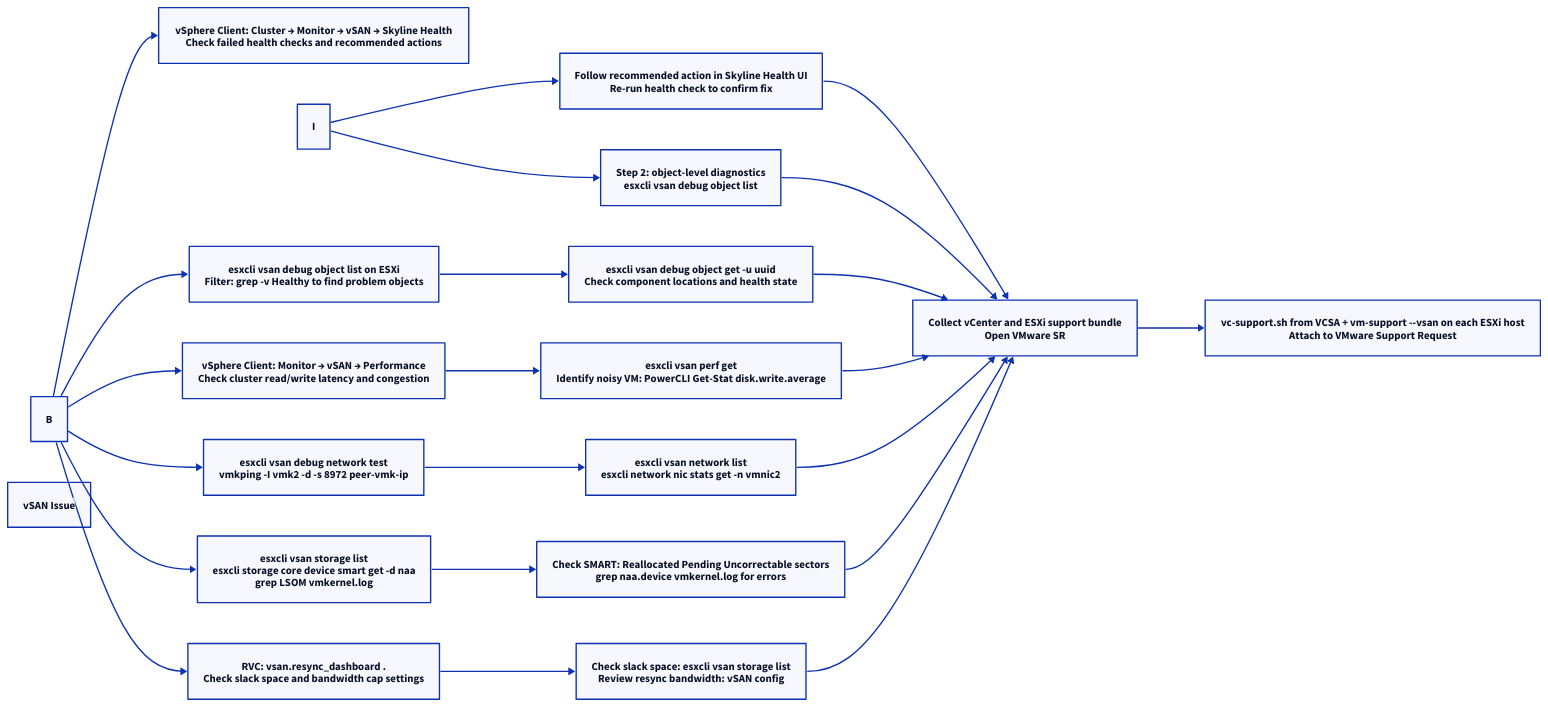
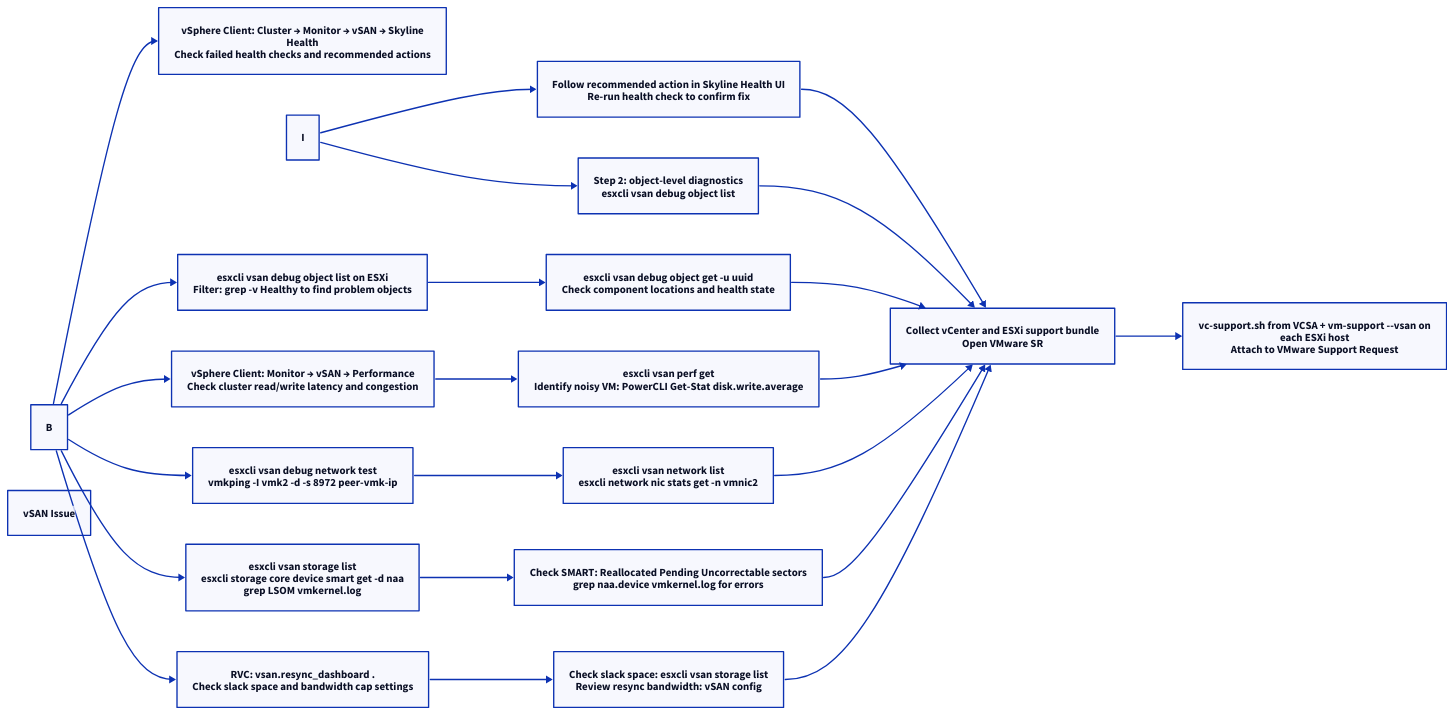
One commit to canast01/chris-kb changed the first of 2 diagrams in docs/virtualization/vmware/vsan/troubleshooting/diagnostics.md. Above: the diagram before and after it, drawn with D2. The commit also changed 192 other files, not shown here.

````diff
--- a/docs/virtualization/vmware/vsan/troubleshooting/diagnostics.md
+++ b/docs/virtualization/vmware/vsan/troubleshooting/diagnostics.md
@@ -19,44 +19,44 @@
 ```d2
 direction: right
 
 B: "B" {shape: rectangle}
-C: "vSphere Client: Cluster → Monitor → vSAN → Skyline Health\nCheck failed health checks and recommended actions" {shape: rectangle}
+C: "vSphere Client: Cluster → Monitor → vSAN → Skyline\nHealth\nCheck failed health checks and recommended actions" {shape: rectangle}
 D: "esxcli vsan debug object list on ESXi\nFilter: grep -v Healthy to find problem objects" {shape: rectangle}
 E: "vSphere Client: Monitor → vSAN → Performance\nCheck cluster read/write latency and congestion" {shape: rectangle}
 F: "esxcli vsan debug network test\nvmkping -I vmk2 -d -s 8972 peer-vmk-ip" {shape: rectangle}
 G: "esxcli vsan storage list\nesxcli storage core device smart get -d naa\ngrep LSOM vmkernel.log" {shape: rectangle}
 H: "RVC: vsan.resync_dashboard .\nCheck slack space and bandwidth cap settings" {shape: rectangle}
 I: "I" {shape: rectangle}
 J: "Follow recommended action in Skyline Health UI\nRe-run health check to confirm fix" {shape: rectangle}
 K: "Step 2: object-level diagnostics\nesxcli vsan debug object list" {shape: rectangle}
 L: "esxcli vsan debug object get -u uuid\nCheck component locations and health state" {shape: rectangle}
 M: "esxcli vsan perf get\nIdentify noisy VM: PowerCLI Get-Stat disk.write.average" {shape: rectangle}
 N: "esxcli vsan network list\nesxcli network nic stats get -n vmnic2" {shape: rectangle}
 O: "Check SMART: Reallocated Pending Uncorrectable sectors\ngrep naa.device vmkernel.log for errors" {shape: rectangle}
 P: "Check slack space: esxcli vsan storage list\nReview resync bandwidth: vSAN config" {shape: rectangle}
 Q: "Collect vCenter and ESXi support bundle\nOpen VMware SR" {shape: rectangle}
-R: "vc-support.sh from VCSA + vm-support --vsan on each ESXi host\nAttach to VMware Support Request" {shape: rectangle}
+R: "vc-support.sh from VCSA + vm-support --vsan on\neach ESXi host\nAttach to VMware Support Request" {shape: rectangle}
 A: "vSAN Issue" {shape: rectangle}
 
 B -> C
 B -> D
 B -> E
 B -> F
 B -> G
 B -> H
 I -> J
 I -> K
 D -> L
 E -> M
 F -> N
 G -> O
 H -> P
 J -> Q
 K -> Q
 L -> Q
 M -> Q
 N -> Q
 O -> Q
 P -> Q
 Q -> R
 ```
````
